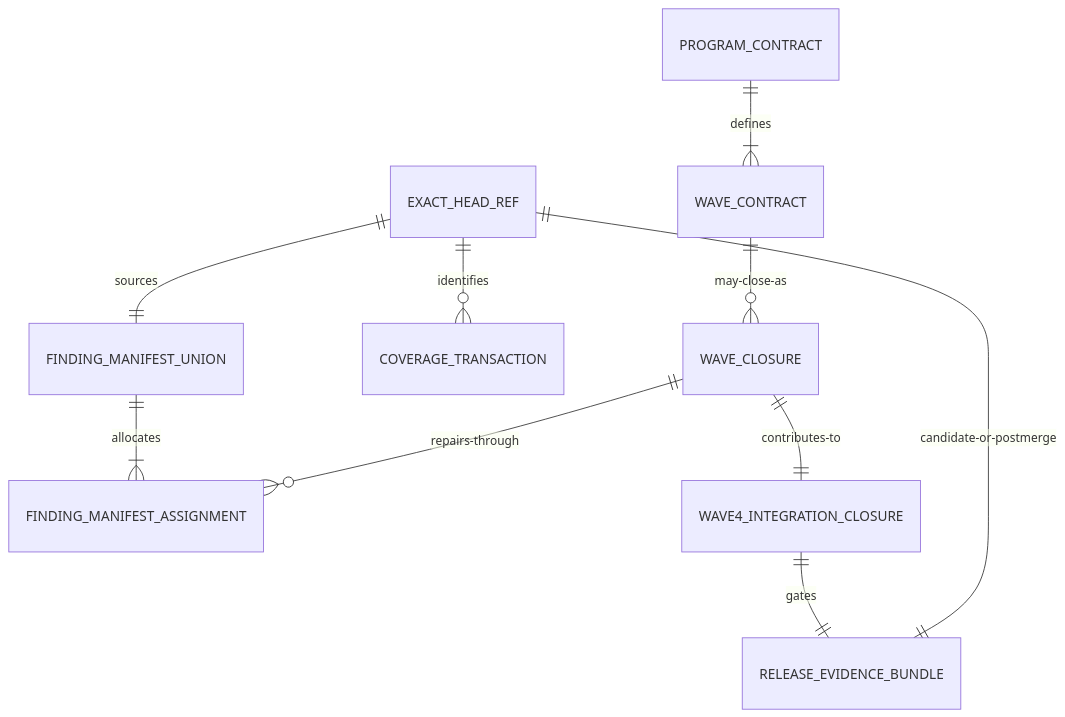
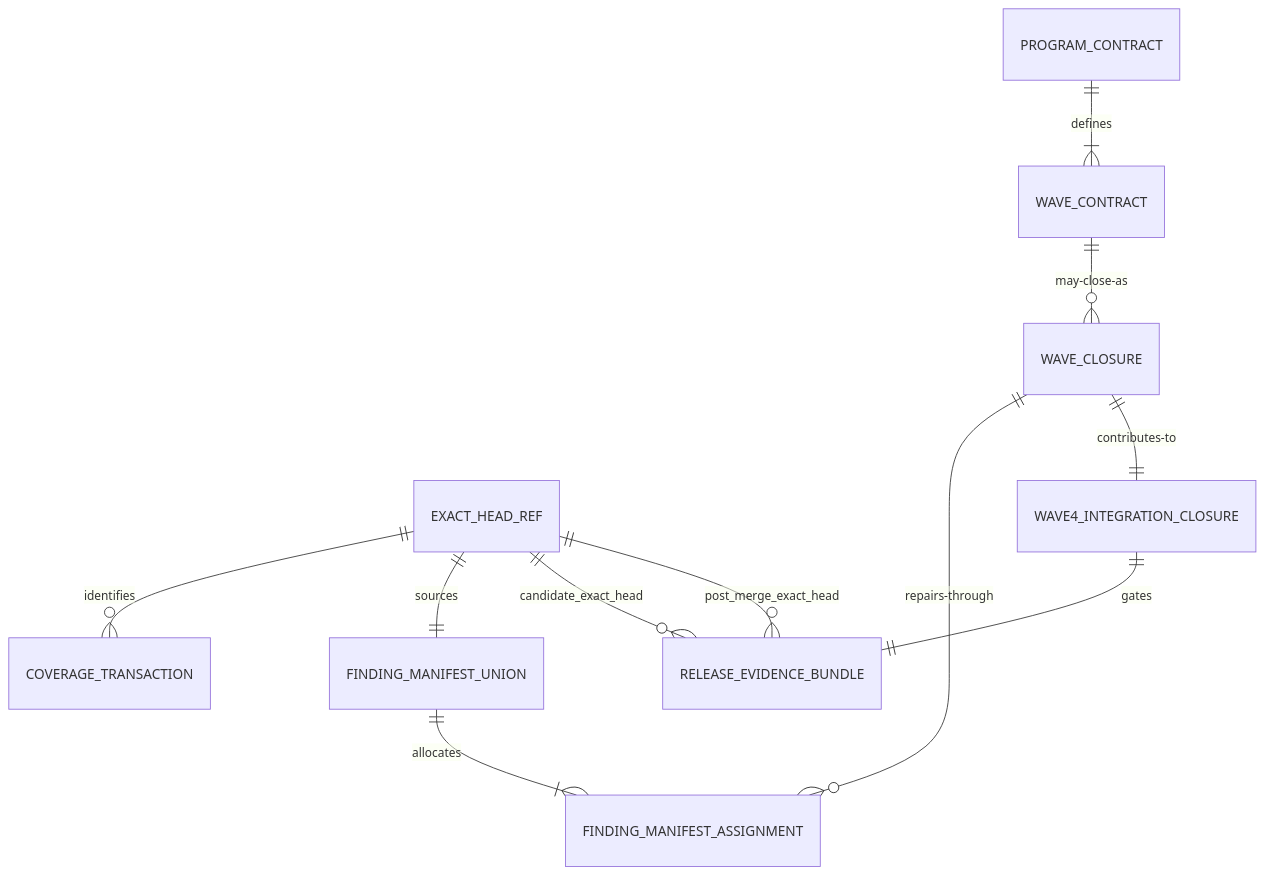
The second of 2 diagrams in specs/011-issue450-sonar-release-program/data-model.md (thebtf/netcoredbg-mcp), drawn with Mermaid before and after one commit. The commit also changed other lines of this file and 12 other files, not shown here.

````diff
--- a/specs/011-issue450-sonar-release-program/data-model.md
+++ b/specs/011-issue450-sonar-release-program/data-model.md
@@ -286,12 +289,13 @@
 ```mermaid
 erDiagram
   PROGRAM_CONTRACT ||--|{ WAVE_CONTRACT : defines
   WAVE_CONTRACT ||--o{ WAVE_CLOSURE : may-close-as
   EXACT_HEAD_REF ||--o{ COVERAGE_TRANSACTION : identifies
   EXACT_HEAD_REF ||--|| FINDING_MANIFEST_UNION : sources
   FINDING_MANIFEST_UNION ||--|{ FINDING_MANIFEST_ASSIGNMENT : allocates
   WAVE_CLOSURE ||--o{ FINDING_MANIFEST_ASSIGNMENT : repairs-through
   WAVE_CLOSURE ||--|| WAVE4_INTEGRATION_CLOSURE : contributes-to
   WAVE4_INTEGRATION_CLOSURE ||--|| RELEASE_EVIDENCE_BUNDLE : gates
-  EXACT_HEAD_REF ||--|| RELEASE_EVIDENCE_BUNDLE : candidate-or-postmerge
+  EXACT_HEAD_REF ||--o{ RELEASE_EVIDENCE_BUNDLE : candidate_exact_head
+  EXACT_HEAD_REF ||--o{ RELEASE_EVIDENCE_BUNDLE : post_merge_exact_head
 ```
````
